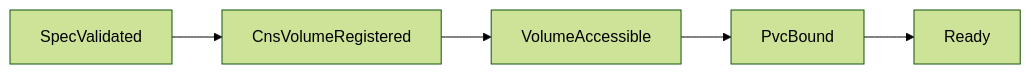
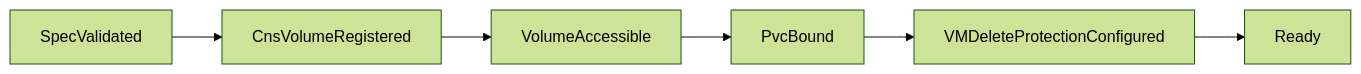
One commit to kubernetes-sigs/vsphere-csi-driver changed the third of 7 diagrams in spec/UBMCNS-2482/design.md. Above: the diagram before and after it, drawn with Mermaid (forest theme). The commit also changed other lines of this file and 8 other files, not shown here.

````diff
--- a/spec/UBMCNS-2482/design.md
+++ b/spec/UBMCNS-2482/design.md
@@ -179,4 +182,4 @@
 ```mermaid
 flowchart LR
-    A["SpecValidated"] --> B["CnsVolumeRegistered"] --> C["VolumeAccessible"] --> D["PvcBound"] --> E["Ready"]
+    A["SpecValidated"] --> B["CnsVolumeRegistered"] --> C["VolumeAccessible"] --> D["PvcBound"] --> P["VMDeleteProtectionConfigured"] --> E["Ready"]
 ```
````
